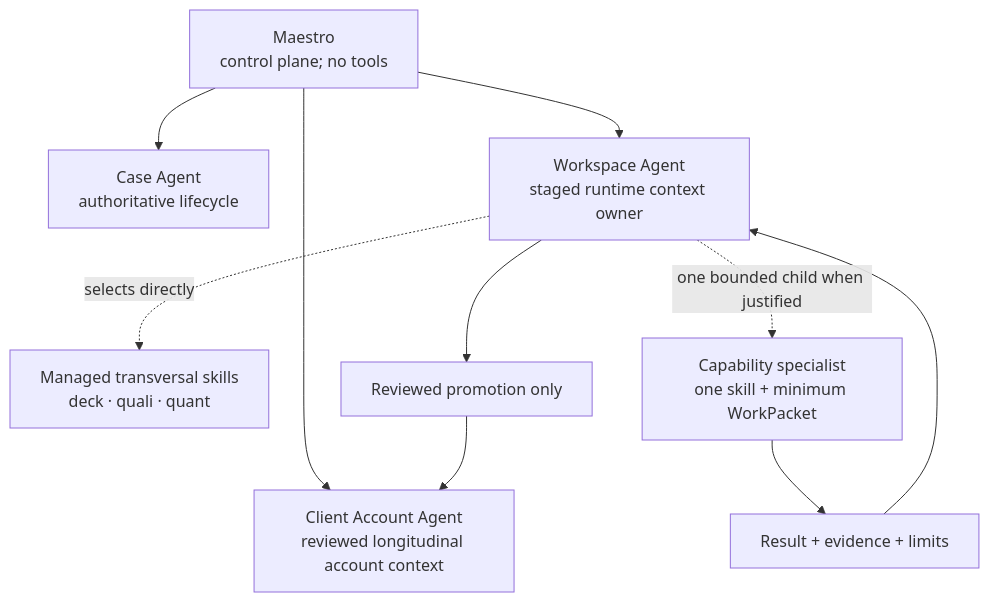
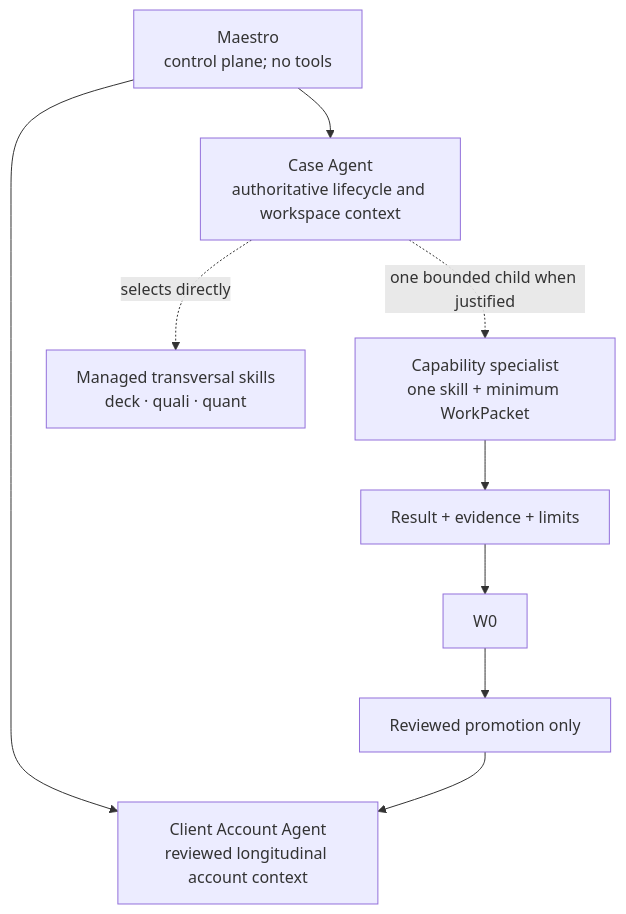
One commit to agentic-os-brasil/bcg-brasil-agentic-os changed the diagram in specs/034-vertical-agents-and-transversal-skills.md. Above: the diagram before and after it, drawn with Mermaid. The commit also changed other lines of this file and 42 other files, not shown here.

````diff
--- a/specs/034-vertical-agents-and-transversal-skills.md
+++ b/specs/034-vertical-agents-and-transversal-skills.md
@@ -23,12 +23,11 @@
 ```mermaid
 flowchart TD
     M["Maestro\ncontrol plane; no tools"] --> A["Client Account Agent\nreviewed longitudinal account context"]
-    M --> C["Case Agent\nauthoritative lifecycle"]
-    M --> W0["Workspace Agent\nstaged runtime context owner"]
-    W0 -. "selects directly" .-> S["Managed transversal skills\ndeck · quali · quant"]
-    W0 -. "one bounded child when justified" .-> W["Capability specialist\none skill + minimum WorkPacket"]
+    M --> C["Case Agent\nauthoritative lifecycle and workspace context"]
+    C -. "selects directly" .-> S["Managed transversal skills\ndeck · quali · quant"]
+    C -. "one bounded child when justified" .-> W["Capability specialist\none skill + minimum WorkPacket"]
     W --> R["Result + evidence + limits"]
     R --> W0
     W0 --> P["Reviewed promotion only"]
     P --> A
 ```
````
